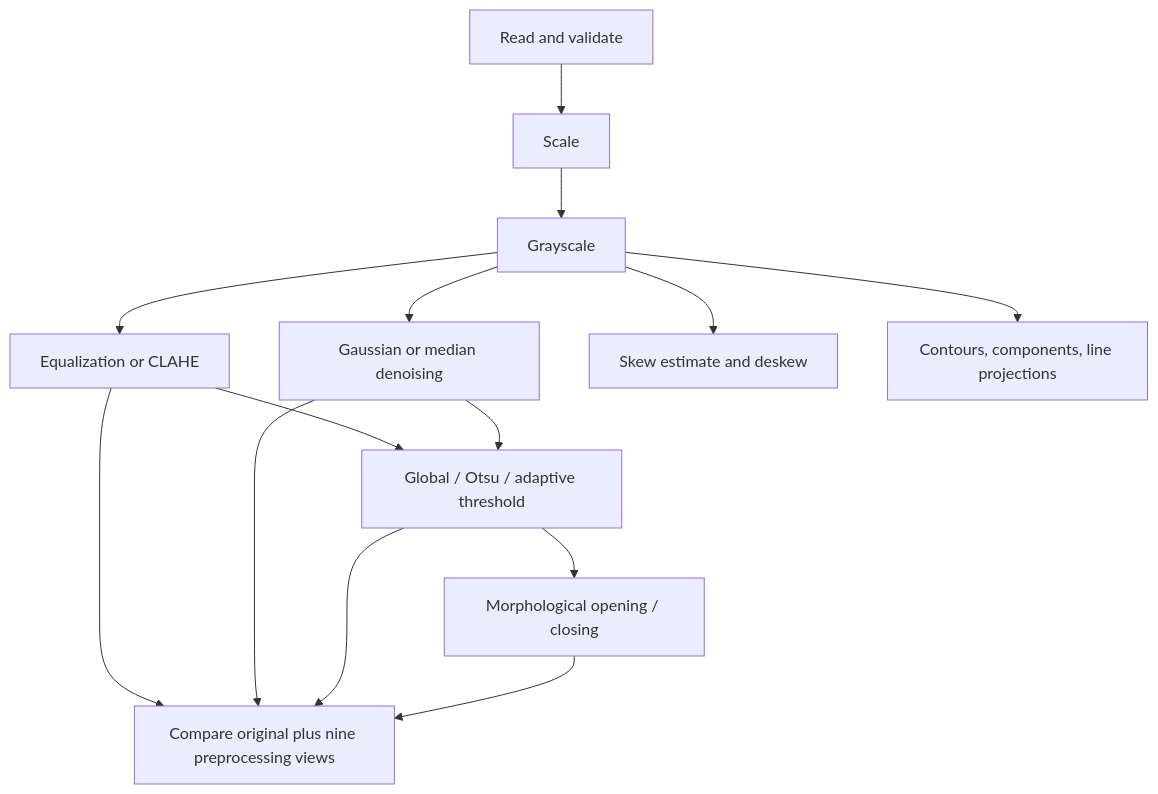
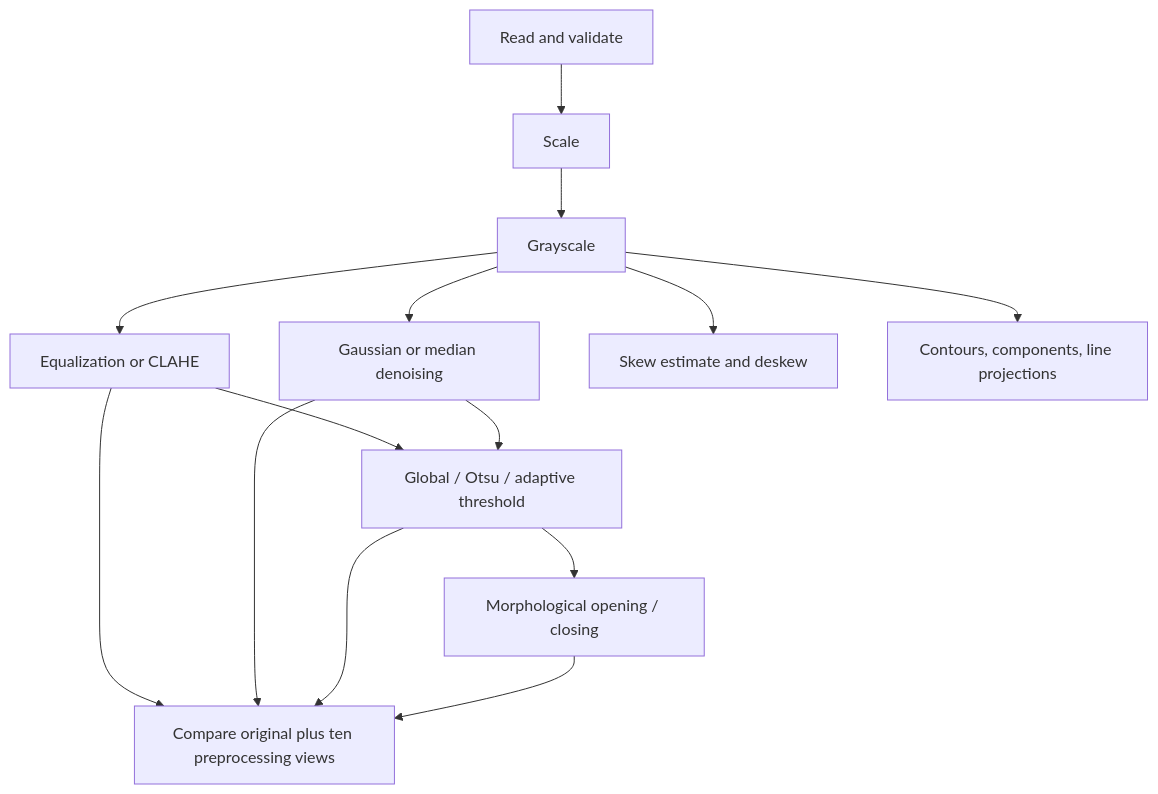
The second of 2 diagrams in docs/architecture.md (rikibanik/dip_project), drawn with Mermaid before and after one commit. The commit also changed other lines of this file and 30 other files, not shown here.

````diff
--- a/docs/architecture.md
+++ b/docs/architecture.md
@@ -33,16 +33,16 @@
 ```mermaid
 flowchart TD
  A[Read and validate] --> B[Scale]
  B --> C[Grayscale]
  C --> D[Equalization or CLAHE]
  C --> E[Gaussian or median denoising]
  D --> F[Global / Otsu / adaptive threshold]
  E --> F
  F --> G[Morphological opening / closing]
  C --> H[Skew estimate and deskew]
  C --> I[Contours, components, line projections]
- D --> O[Compare original plus nine preprocessing views]
+ D --> O[Compare original plus ten preprocessing views]
  E --> O
  F --> O
  G --> O
 ```
````
